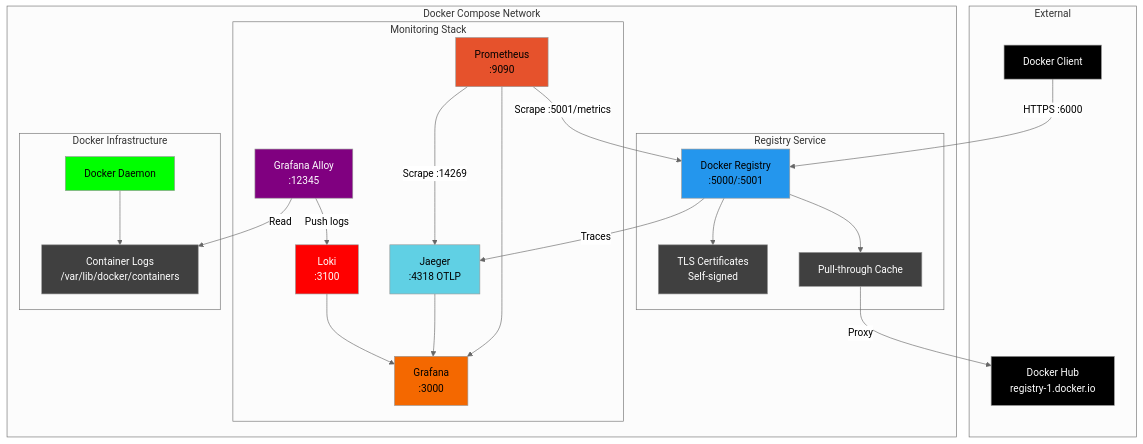
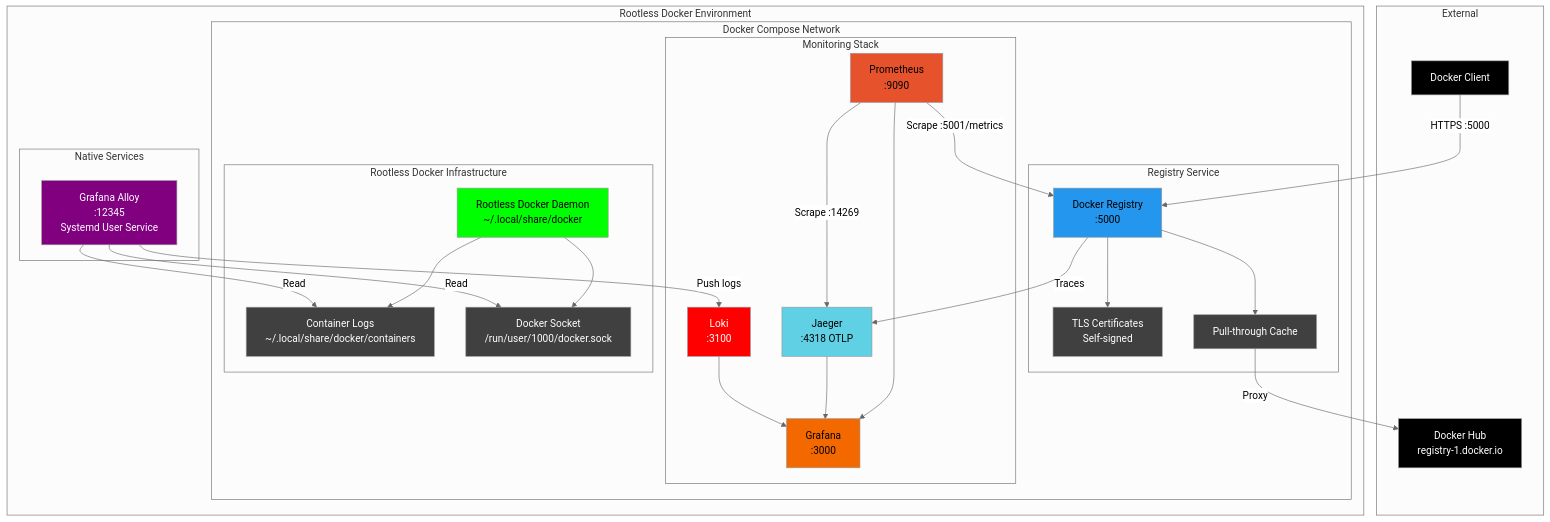
One commit to mkm29/registry changed the diagram in README.md. Above: the diagram before and after it, drawn with Mermaid (neutral theme). The commit also changed other lines of this file and 5 other files, not shown here.

First line of the commit message:
Add Grafana Alloy service and update configuration

````diff
--- a/README.md
+++ b/README.md
@@ -132,58 +352,68 @@
 ```mermaid
 graph TB
     subgraph "External"
         DH[Docker Hub<br/>registry-1.docker.io]
         Client[Docker Client]
     end
 
-    subgraph "Docker Compose Network"
-        subgraph "Registry Service"
-            Reg[Docker Registry<br/>:5000/:5001]
-            TLS[TLS Certificates<br/>Self-signed]
-            Cache[Pull-through Cache]
+    subgraph "Rootless Docker Environment"
+        subgraph "Docker Compose Network"
+            subgraph "Registry Service"
+                Reg[Docker Registry<br/>:5000]
+                TLS[TLS Certificates<br/>Self-signed]
+                Cache[Pull-through Cache]
 
-            Reg --> TLS
-            Reg --> Cache
+                Reg --> TLS
+                Reg --> Cache
+            end
+
+            subgraph "Monitoring Stack"
+                Jaeger[Jaeger<br/>:4318 OTLP]
+                Prom[Prometheus<br/>:9090]
+                Loki[Loki<br/>:3100]
+                Grafana[Grafana<br/>:3000]
+
+                Prom --> Grafana
+                Jaeger --> Grafana
+                Loki --> Grafana
+            end
+
+            subgraph "Rootless Docker Infrastructure"
+                Docker[Rootless Docker Daemon<br/>~/.local/share/docker]
+                Logs[Container Logs<br/>~/.local/share/docker/containers]
+                Socket[Docker Socket<br/>/run/user/1000/docker.sock]
+
+                Docker --> Logs
+                Docker --> Socket
+            end
         end
 
-        subgraph "Monitoring Stack"
-            Jaeger[Jaeger<br/>:4318 OTLP]
-            Prom[Prometheus<br/>:9090]
-            Loki[Loki<br/>:3100]
-            Alloy[Grafana Alloy<br/>:12345]
-            Grafana[Grafana<br/>:3000]
+        subgraph "Native Services"
+            Alloy[Grafana Alloy<br/>:12345<br/>Systemd User Service]
 
-            Prom --> Grafana
-            Jaeger --> Grafana
-            Loki --> Grafana
+            Alloy -->|Read| Socket
+            Alloy -->|Read| Logs
             Alloy -->|Push logs| Loki
-        end
-
-        subgraph "Docker Infrastructure"
-            Docker[Docker Daemon]
-            Logs[Container Logs<br/>/var/lib/docker/containers]
-
-            Docker --> Logs
-            Alloy -->|Read| Logs
         end
     end
 
-    Client -->|HTTPS :6000| Reg
+    Client -->|HTTPS :5000| Reg
     Cache -->|Proxy| DH
     Reg -->|Traces| Jaeger
     Prom -->|Scrape :5001/metrics| Reg
     Prom -->|Scrape :14269| Jaeger
 
     style DH fill:#000000,color:#ffffff
     style Client fill:#000000,color:#ffffff
     style Reg fill:#2496ed
     style Jaeger fill:#60d0e4,color:#000000
     style Prom fill:#e6522c
     style Loki fill:#ff0000,color:#ffffff
     style Alloy fill:#800080,color:#ffffff
     style Grafana fill:#f46800
     style TLS fill:#404040,color:#ffffff
     style Cache fill:#404040,color:#ffffff
     style Docker fill:#00ff00,color:#000000
     style Logs fill:#404040,color:#ffffff
+    style Socket fill:#404040,color:#ffffff
 ```
````
